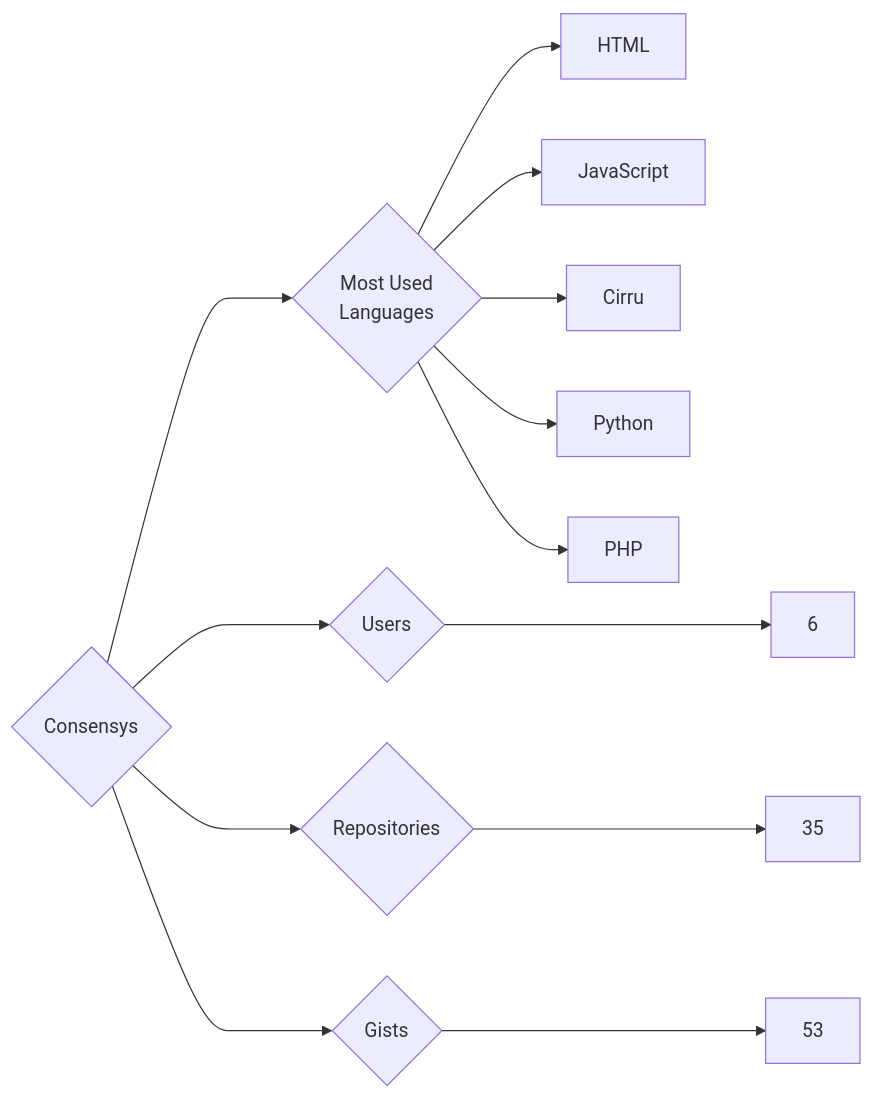
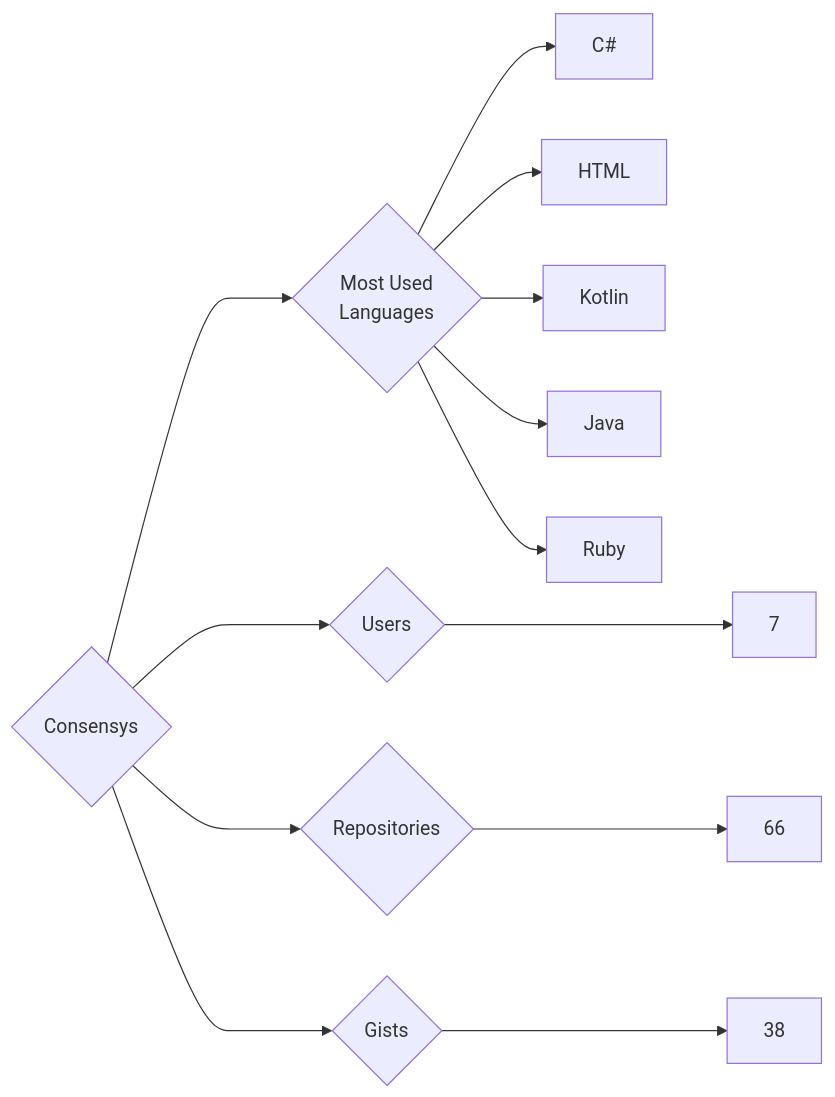
One commit to trickest/insiders changed the diagram in targets/Consensys/README.md. Above: the diagram before and after it, drawn with Mermaid. The commit also changed 985 other files, not shown here.

````diff
--- a/targets/Consensys/README.md
+++ b/targets/Consensys/README.md
@@ -3,13 +3,13 @@
 ```mermaid
 graph LR
 COMPANY_NAME{Consensys}
-COMPANY_NAME ---> U{Users} ---> UN[6]
-COMPANY_NAME ---> R{Repositories} ---> RN[35]
-COMPANY_NAME ---> G{Gists} ---> GN[53]
+COMPANY_NAME ---> U{Users} ---> UN[7]
+COMPANY_NAME ---> R{Repositories} ---> RN[66]
+COMPANY_NAME ---> G{Gists} ---> GN[38]
 COMPANY_NAME ---> ML{Most Used<br>Languages}
+ML --> C#[C#]
 ML --> HTML[HTML]
-ML --> JavaScript[JavaScript]
-ML --> Cirru[Cirru]
-ML --> Python[Python]
-ML --> PHP[PHP]
+ML --> Kotlin[Kotlin]
+ML --> Java[Java]
+ML --> Ruby[Ruby]
 ```
````
